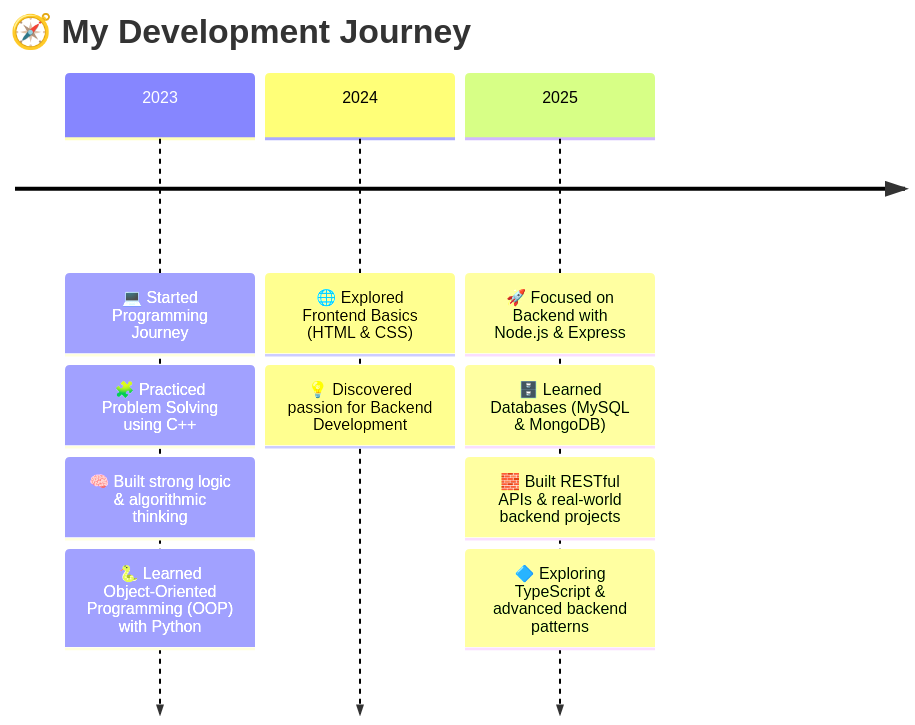
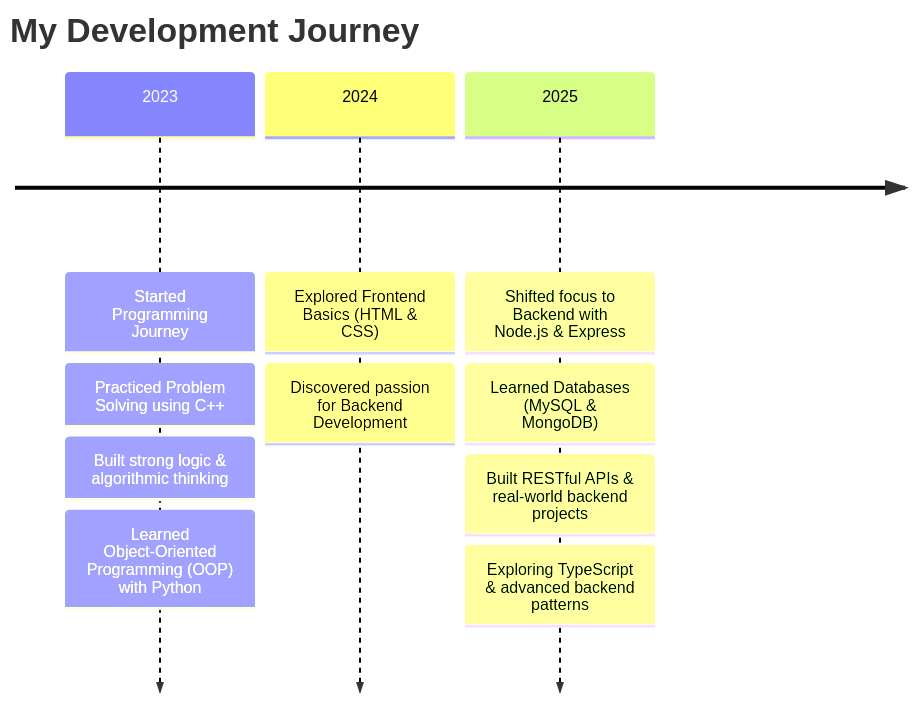
Before and after one commit to zeyad-mohammed-dev/zeyad-mohammed-dev: the diagram in README.md, drawn with Mermaid.

````diff
--- a/README.md
+++ b/README.md
@@ -199,15 +199,15 @@
 ```mermaid
 timeline
-    title 🧭 My Development Journey
-    2023    : 💻 Started Programming Journey
-            : 🧩 Practiced Problem Solving using C++
-            : 🧠 Built strong logic & algorithmic thinking
-            : 🐍 Learned Object-Oriented Programming (OOP) with Python
-    2024    : 🌐 Explored Frontend Basics (HTML & CSS)
-            : 💡 Discovered passion for Backend Development
-    2025    : 🚀 Focused on Backend with Node.js & Express
-            : 🗄️ Learned Databases (MySQL & MongoDB)
-            : 🧱 Built RESTful APIs & real-world backend projects
-            : 🔷 Exploring TypeScript & advanced backend patterns
+    title My Development Journey
+    2023    : Started Programming Journey
+            : Practiced Problem Solving using C++
+            : Built strong logic & algorithmic thinking
+            : Learned Object-Oriented Programming (OOP) with Python
+    2024    : Explored Frontend Basics (HTML & CSS)
+            : Discovered passion for Backend Development
+    2025    : Shifted focus to Backend with Node.js & Express
+            : Learned Databases (MySQL & MongoDB)
+            : Built RESTful APIs & real-world backend projects
+            : Exploring TypeScript & advanced backend patterns
 
 ```
````
